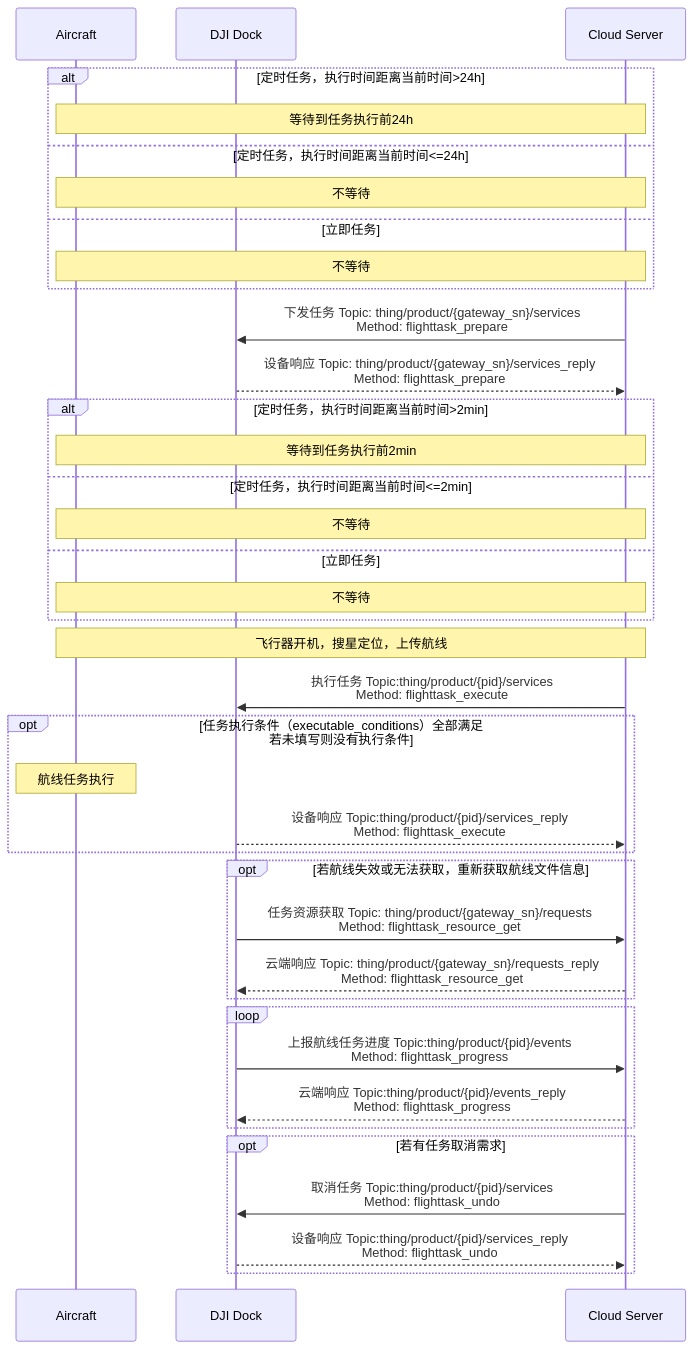
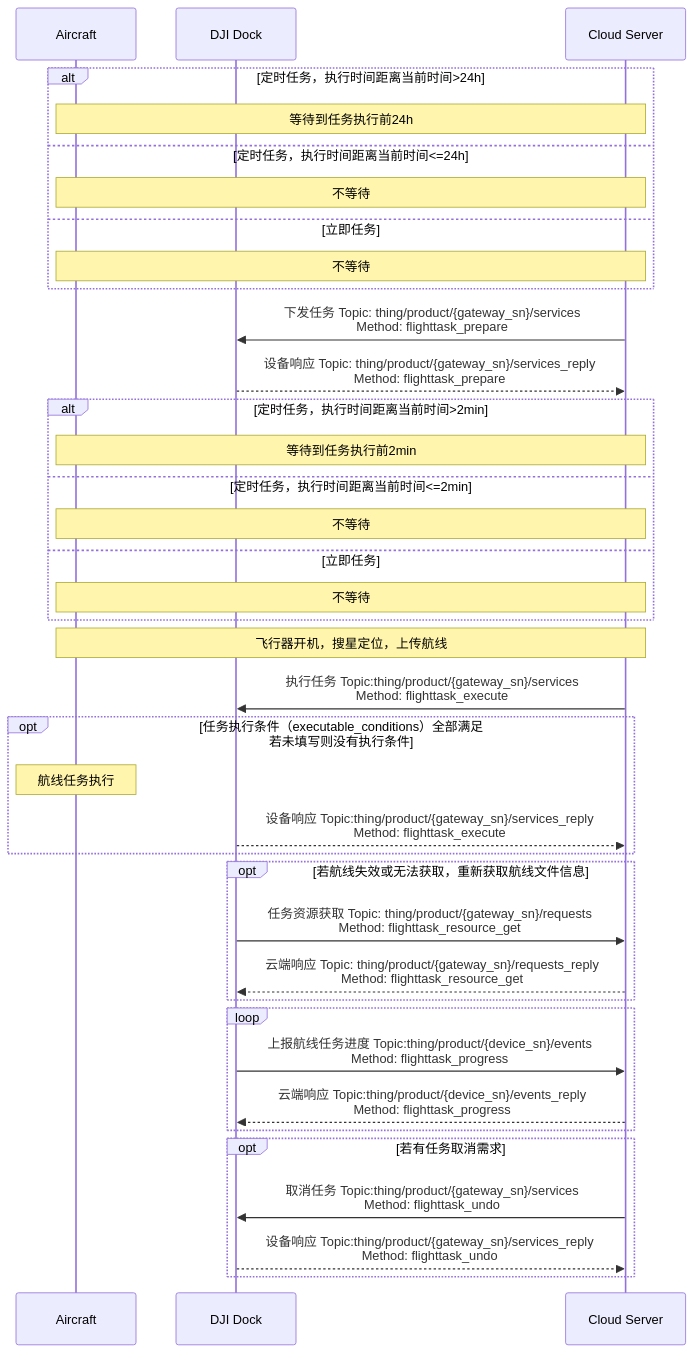
The first of 2 diagrams in docs/cn/30.feature-set/20.dock-feature-set/50.dock-wayline-management.md (dji-sdk/Cloud-API-Doc), drawn with Mermaid before and after one commit. The commit also changed other lines of this file and 41 other files, not shown here.

````diff
--- a/docs/cn/30.feature-set/20.dock-feature-set/50.dock-wayline-management.md
+++ b/docs/cn/30.feature-set/20.dock-feature-set/50.dock-wayline-management.md
@@ -15,49 +15,49 @@
 ```mermaid
 sequenceDiagram
 
 participant object as Aircraft
 participant client as DJI Dock
 participant server as Cloud Server
 
 alt 定时任务，执行时间距离当前时间>24h
 note over object,server: 等待到任务执行前24h
 else 定时任务，执行时间距离当前时间<=24h
 note over object,server: 不等待
 else 立即任务
 note over object,server: 不等待
 end
 
 server ->> client: 下发任务 Topic: thing/product/{gateway_sn}/services<br/>Method: flighttask_prepare
 client -->> server: 设备响应 Topic: thing/product/{gateway_sn}/services_reply<br/>Method: flighttask_prepare
 
 alt 定时任务，执行时间距离当前时间>2min
 note over object,server: 等待到任务执行前2min
 else 定时任务，执行时间距离当前时间<=2min
 note over object,server: 不等待
 else 立即任务
 note over object,server: 不等待
 end
 
 note over object,server: 飞行器开机，搜星定位，上传航线
 
-server ->> client: 执行任务 Topic:thing/product/{pid}/services<br/>Method: flighttask_execute
+server ->> client: 执行任务 Topic:thing/product/{gateway_sn}/services<br/>Method: flighttask_execute
 opt 任务执行条件（executable_conditions）全部满足<br/>若未填写则没有执行条件
 note over object: 航线任务执行
-client -->> server: 设备响应 Topic:thing/product/{pid}/services_reply<br/>Method: flighttask_execute
+client -->> server: 设备响应 Topic:thing/product/{gateway_sn}/services_reply<br/>Method: flighttask_execute
 end
 
 opt 若航线失效或无法获取，重新获取航线文件信息
 client ->> server: 任务资源获取 Topic: thing/product/{gateway_sn}/requests<br/>Method: flighttask_resource_get
 server -->> client: 云端响应 Topic: thing/product/{gateway_sn}/requests_reply<br/>Method: flighttask_resource_get
 end
 
 loop
-client ->> server: 上报航线任务进度 Topic:thing/product/{pid}/events<br/>Method: flighttask_progress
-server -->> client: 云端响应 Topic:thing/product/{pid}/events_reply<br/>Method: flighttask_progress
+client ->> server: 上报航线任务进度 Topic:thing/product/{device_sn}/events<br/>Method: flighttask_progress
+server -->> client: 云端响应 Topic:thing/product/{device_sn}/events_reply<br/>Method: flighttask_progress
 end
 
 opt 若有任务取消需求
-server ->> client: 取消任务 Topic:thing/product/{pid}/services<br/>Method: flighttask_undo
-client -->> server: 设备响应 Topic:thing/product/{pid}/services_reply<br/>Method: flighttask_undo
+server ->> client: 取消任务 Topic:thing/product/{gateway_sn}/services<br/>Method: flighttask_undo
+client -->> server: 设备响应 Topic:thing/product/{gateway_sn}/services_reply<br/>Method: flighttask_undo
 end
 ```
````
